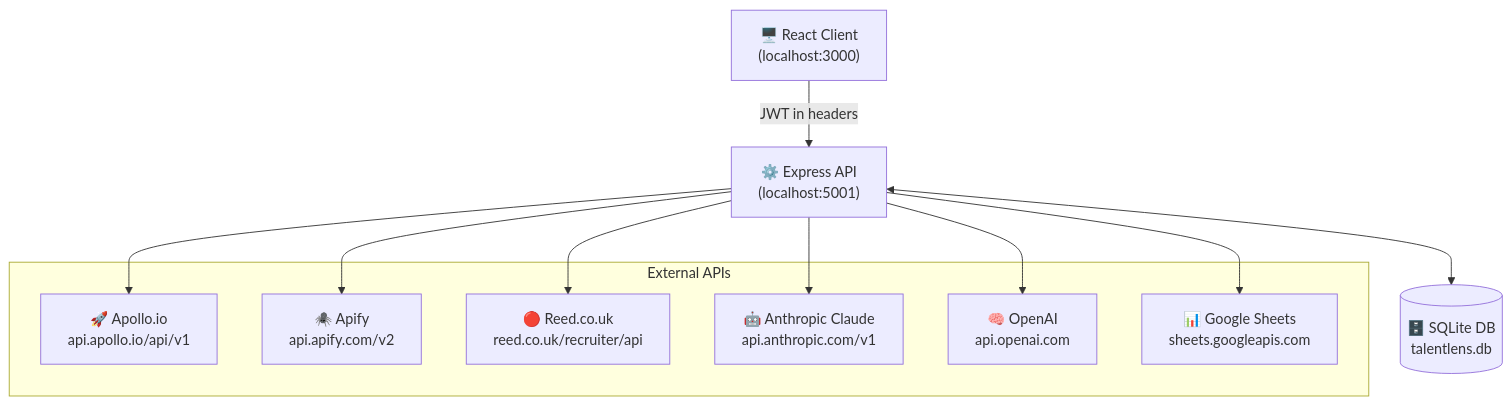
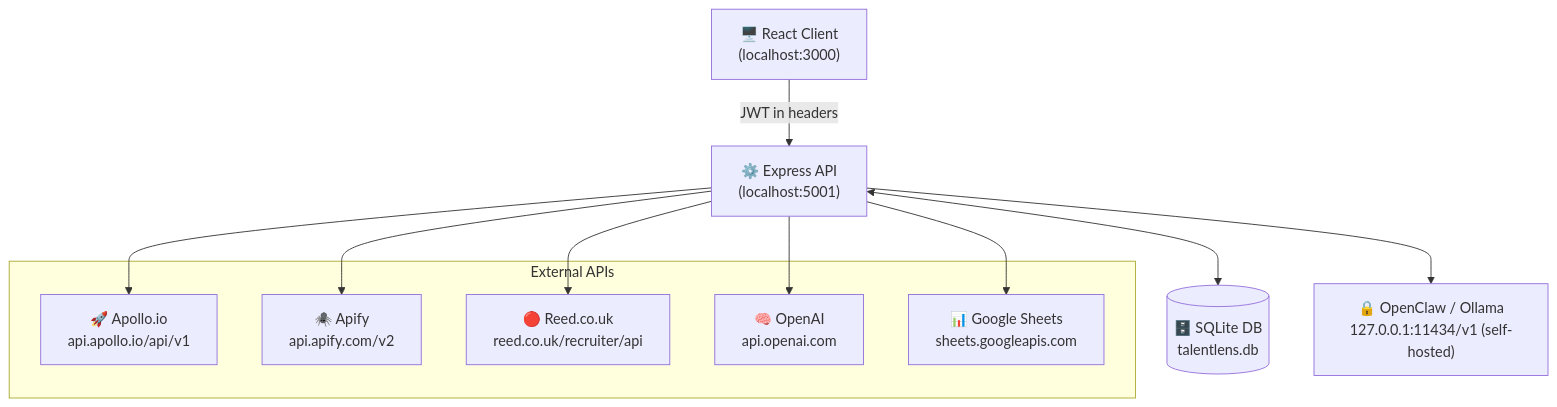
Before and after one commit to bansodashish/talentlens: the first of 12 diagrams in arch.md, drawn with Mermaid. The commit also changed other lines of this file and 12 other files, not shown here.

Commit message:
Remove Claude and LocalAI scan modes; keep keyword + OpenClaw local

````diff
--- a/arch.md
+++ b/arch.md
@@ -7,24 +7,25 @@
 ```mermaid
 graph TB
     Browser["🖥️ React Client\n(localhost:3000)"]
     Server["⚙️ Express API\n(localhost:5001)"]
     SQLite[("🗄️ SQLite DB\ntalentlens.db")]
 
     subgraph External APIs
         Apollo["🚀 Apollo.io\napi.apollo.io/api/v1"]
         Apify["🕷️ Apify\napi.apify.com/v2"]
         Reed["🔴 Reed.co.uk\nreed.co.uk/recruiter/api"]
-        Claude["🤖 Anthropic Claude\napi.anthropic.com/v1"]
         OpenAI["🧠 OpenAI\napi.openai.com"]
         Sheets["📊 Google Sheets\nsheets.googleapis.com"]
     end
+
+    OpenClaw["🔒 OpenClaw / Ollama\n127.0.0.1:11434/v1 (self-hosted)"]
 
     Browser -->|"JWT in headers"| Server
     Server <--> SQLite
     Server --> Apollo
     Server --> Apify
     Server --> Reed
-    Server --> Claude
+    Server --> OpenClaw
     Server --> OpenAI
     Server --> Sheets
 ```
````
